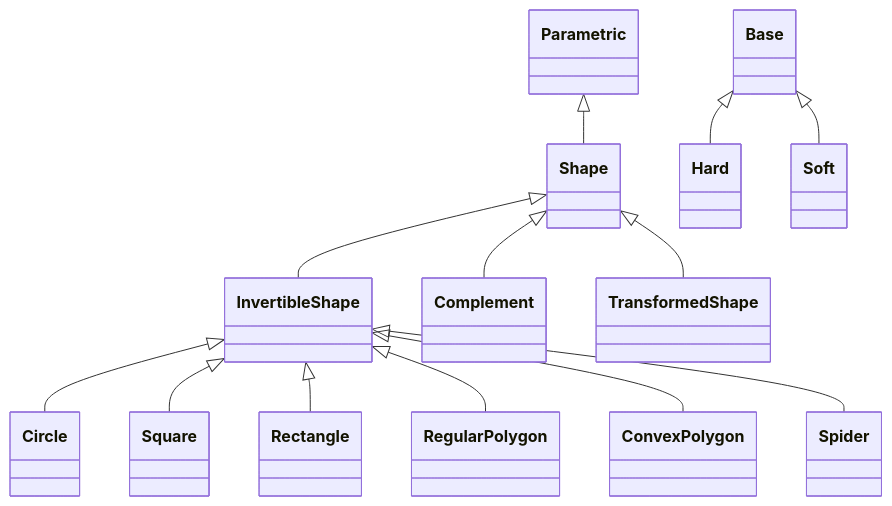
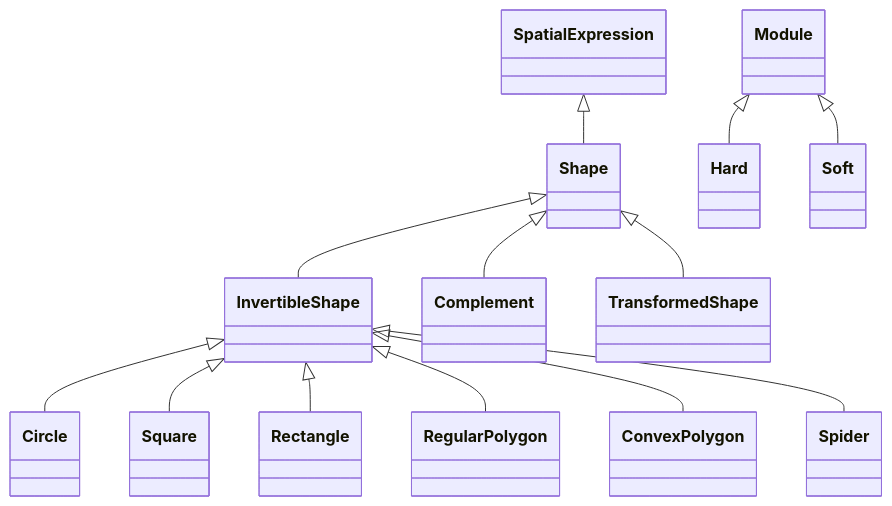
The ninth of 12 diagrams in docs/API/core/overview.md (LouisDesdoigts/dLux), drawn with Mermaid before and after one commit. The commit also changed other lines of this file and 8 other files, not shown here.

````diff
--- a/docs/API/core/overview.md
+++ b/docs/API/core/overview.md
@@ -225,41 +216,41 @@
 ```mermaid
 classDiagram
     class dLux_parametric_shapes_Shape["Shape"]
     class dLux_parametric_shapes_InvertibleShape["InvertibleShape"]
     class dLux_parametric_shapes_Hard["Hard"]
     class dLux_parametric_shapes_Soft["Soft"]
     class dLux_parametric_shapes_Circle["Circle"]
     class dLux_parametric_shapes_Square["Square"]
     class dLux_parametric_shapes_Rectangle["Rectangle"]
     class dLux_parametric_shapes_RegularPolygon["RegularPolygon"]
     class dLux_parametric_shapes_ConvexPolygon["ConvexPolygon"]
     class dLux_parametric_shapes_Spider["Spider"]
     class dLux_parametric_shapes_Complement["Complement"]
     class dLux_parametric_shapes_TransformedShape["TransformedShape"]
-    class dLux_base_Base["Base"]
-    class dLux_parametric_parametrics_Parametric["Parametric"]
-    dLux_parametric_parametrics_Parametric <|-- dLux_parametric_shapes_Shape
+    class dLux_parametric_parametrics_SpatialExpression["SpatialExpression"]
+    class zodiax_module_Module["Module"]
+    dLux_parametric_parametrics_SpatialExpression <|-- dLux_parametric_shapes_Shape
     click dLux_parametric_shapes_Shape href "../shapes/#dLux.parametric.shapes.Shape" "Properties: extent"
     dLux_parametric_shapes_Shape <|-- dLux_parametric_shapes_InvertibleShape
     click dLux_parametric_shapes_InvertibleShape href "../shapes/#dLux.parametric.shapes.InvertibleShape" "Attributes: edge, invert · Methods: evaluate(), evaluate_hard(), evaluate_soft()"
-    dLux_base_Base <|-- dLux_parametric_shapes_Hard
+    zodiax_module_Module <|-- dLux_parametric_shapes_Hard
     click dLux_parametric_shapes_Hard href "../shapes/#dLux.parametric.shapes.Hard" "No direct public attributes or methods"
-    dLux_base_Base <|-- dLux_parametric_shapes_Soft
+    zodiax_module_Module <|-- dLux_parametric_shapes_Soft
     click dLux_parametric_shapes_Soft href "../shapes/#dLux.parametric.shapes.Soft" "Attributes: pixels · Methods: clip()"
     dLux_parametric_shapes_InvertibleShape <|-- dLux_parametric_shapes_Circle
-    click dLux_parametric_shapes_Circle href "../shapes/#dLux.parametric.shapes.Circle" "Attributes: diameter · Properties: extent · Methods: evaluate_hard(), evaluate_soft()"
+    click dLux_parametric_shapes_Circle href "../shapes/#dLux.parametric.shapes.Circle" "Attributes: edge, invert, diameter · Properties: extent · Methods: evaluate_hard(), evaluate_soft()"
     dLux_parametric_shapes_InvertibleShape <|-- dLux_parametric_shapes_Square
-    click dLux_parametric_shapes_Square href "../shapes/#dLux.parametric.shapes.Square" "Attributes: width · Properties: extent · Methods: evaluate_hard(), evaluate_soft()"
+    click dLux_parametric_shapes_Square href "../shapes/#dLux.parametric.shapes.Square" "Attributes: edge, invert, width · Properties: extent · Methods: evaluate_hard(), evaluate_soft()"
     dLux_parametric_shapes_InvertibleShape <|-- dLux_parametric_shapes_Rectangle
-    click dLux_parametric_shapes_Rectangle href "../shapes/#dLux.parametric.shapes.Rectangle" "Attributes: width, height · Properties: extent · Methods: evaluate_hard(), evaluate_soft()"
+    click dLux_parametric_shapes_Rectangle href "../shapes/#dLux.parametric.shapes.Rectangle" "Attributes: edge, invert, width, height · Properties: extent · Methods: evaluate_hard(), evaluate_soft()"
     dLux_parametric_shapes_InvertibleShape <|-- dLux_parametric_shapes_RegularPolygon
-    click dLux_parametric_shapes_RegularPolygon href "../shapes/#dLux.parametric.shapes.RegularPolygon" "Attributes: diameter, nsides · Properties: extent · Methods: evaluate_hard(), evaluate_soft()"
+    click dLux_parametric_shapes_RegularPolygon href "../shapes/#dLux.parametric.shapes.RegularPolygon" "Attributes: edge, invert, diameter, nsides · Properties: extent · Methods: evaluate_hard(), evaluate_soft()"
     dLux_parametric_shapes_InvertibleShape <|-- dLux_parametric_shapes_ConvexPolygon
-    click dLux_parametric_shapes_ConvexPolygon href "../shapes/#dLux.parametric.shapes.ConvexPolygon" "Attributes: vertices · Properties: extent · Methods: evaluate_hard(), evaluate_soft(), validate()"
+    click dLux_parametric_shapes_ConvexPolygon href "../shapes/#dLux.parametric.shapes.ConvexPolygon" "Attributes: edge, invert, vertices · Properties: extent · Methods: evaluate_hard(), evaluate_soft(), validate()"
     dLux_parametric_shapes_InvertibleShape <|-- dLux_parametric_shapes_Spider
-    click dLux_parametric_shapes_Spider href "../shapes/#dLux.parametric.shapes.Spider" "Attributes: width, angles · Methods: evaluate_hard(), evaluate_soft()"
+    click dLux_parametric_shapes_Spider href "../shapes/#dLux.parametric.shapes.Spider" "Attributes: edge, invert, width, angles · Methods: evaluate_hard(), evaluate_soft()"
     dLux_parametric_shapes_Shape <|-- dLux_parametric_shapes_Complement
     click dLux_parametric_shapes_Complement href "../shapes/#dLux.parametric.shapes.Complement" "Attributes: shape · Properties: extent · Methods: evaluate()"
     dLux_parametric_shapes_Shape <|-- dLux_parametric_shapes_TransformedShape
     click dLux_parametric_shapes_TransformedShape href "../shapes/#dLux.parametric.shapes.TransformedShape" "Attributes: shape, transformation · Properties: extent · Methods: evaluate()"
 ```
````
